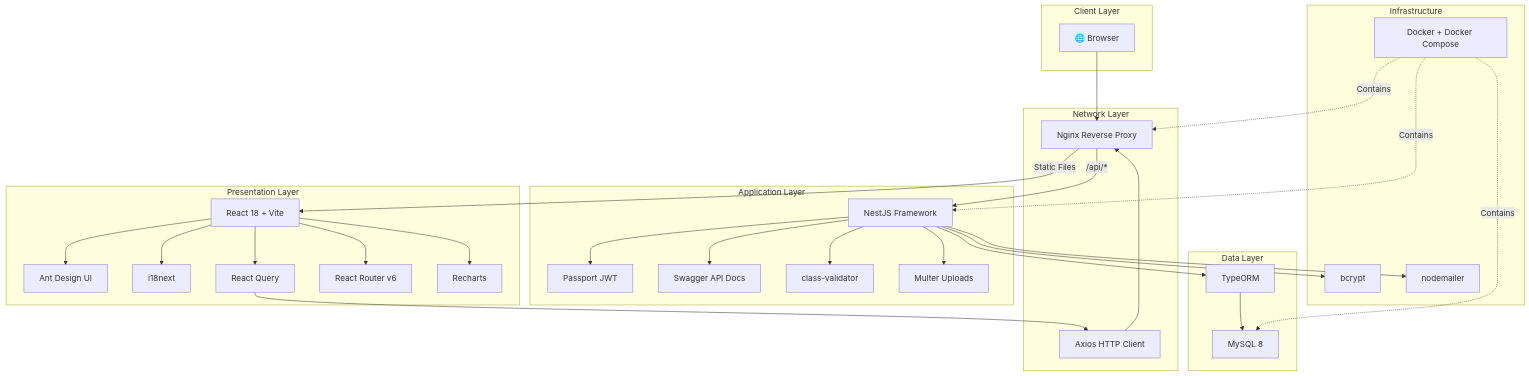
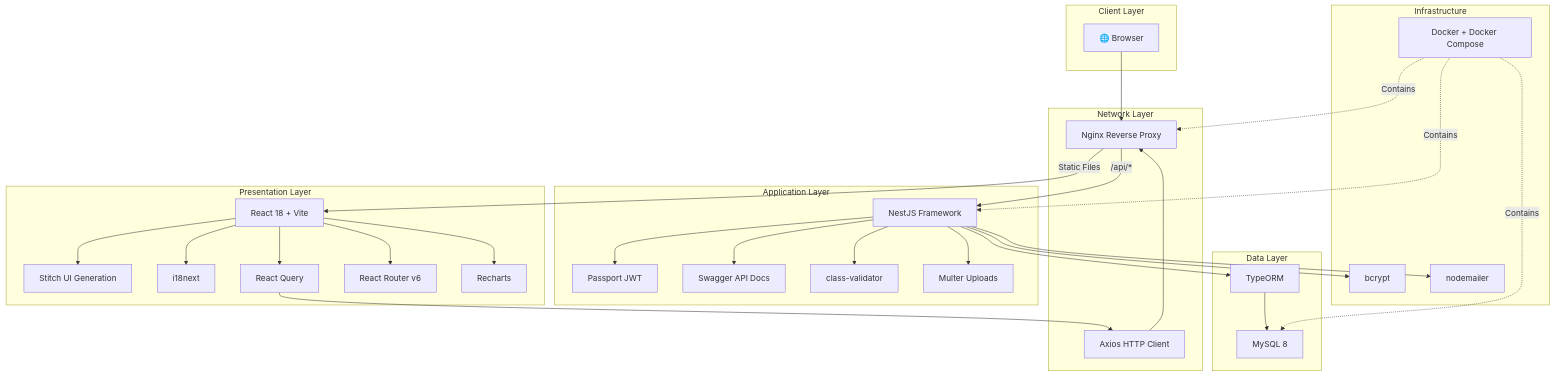
One commit to MoIbrahim2/ClinicDesk changed the ninth of 12 diagrams in docs/ClinicDesk_Planning_Package.md. Above: the diagram before and after it, drawn with Mermaid. The commit also changed other lines of this file and 5 other files, not shown here.

Commit message:
refactor: replace Ant Design with Stitch UI Generation for frontend components and layout management

````diff
--- a/docs/ClinicDesk_Planning_Package.md
+++ b/docs/ClinicDesk_Planning_Package.md
@@ -4334,61 +4334,61 @@
 ```mermaid
 graph TB
     subgraph "Client Layer"
         Browser["🌐 Browser"]
     end
 
     subgraph "Presentation Layer"
         React["React 18 + Vite"]
-        AntD["Ant Design UI"]
+        Stitch["Stitch UI Generation"]
         i18n["i18next"]
         RQ["React Query"]
         Router["React Router v6"]
         Recharts["Recharts"]
     end
 
     subgraph "Network Layer"
         Nginx["Nginx Reverse Proxy"]
         Axios["Axios HTTP Client"]
     end
 
     subgraph "Application Layer"
         NestJS["NestJS Framework"]
         Passport["Passport JWT"]
         Swagger["Swagger API Docs"]
         ClassVal["class-validator"]
         Multer["Multer Uploads"]
     end
 
     subgraph "Data Layer"
         TypeORM["TypeORM"]
         MySQL["MySQL 8"]
     end
 
     subgraph "Infrastructure"
         Docker["Docker + Docker Compose"]
         Bcrypt["bcrypt"]
         Nodemailer["nodemailer"]
     end
 
     Browser --> Nginx
     Nginx -->|"Static Files"| React
     Nginx -->|"/api/*"| NestJS
-    React --> AntD
+    React --> Stitch
     React --> i18n
     React --> RQ
     React --> Router
     React --> Recharts
     RQ --> Axios
     Axios --> Nginx
     NestJS --> Passport
     NestJS --> Swagger
     NestJS --> ClassVal
     NestJS --> Multer
     NestJS --> TypeORM
     TypeORM --> MySQL
     NestJS --> Bcrypt
     NestJS --> Nodemailer
     Docker -.->|"Contains"| Nginx
     Docker -.->|"Contains"| NestJS
     Docker -.->|"Contains"| MySQL
 ```
````
